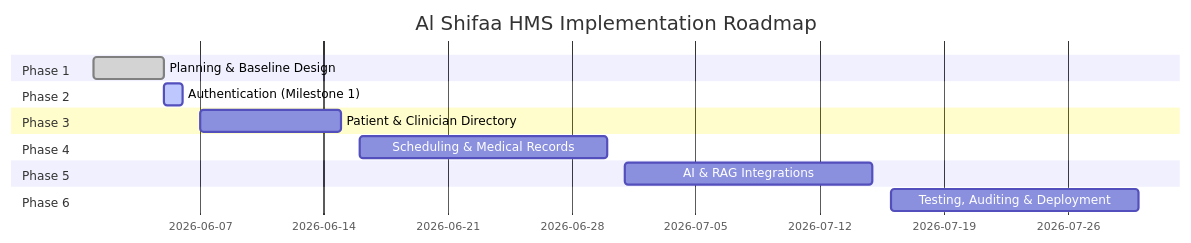
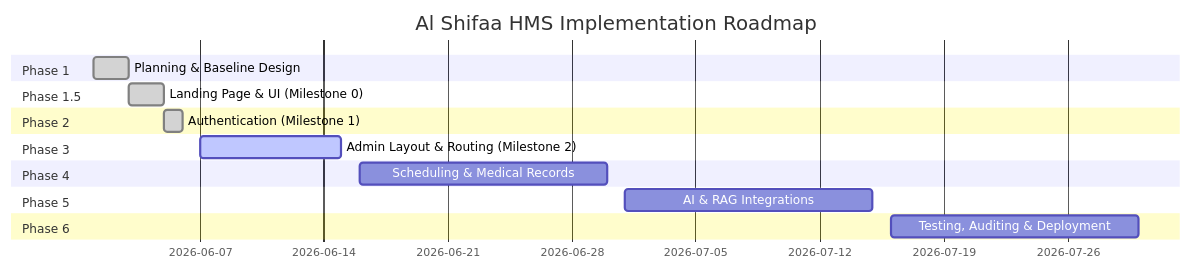
Before and after one commit to rashidkhan4067/AI-HMS: the diagram in docs/01-project-charter.md, drawn with Mermaid. The commit also changed 34 other files, not shown here.

````diff
--- a/docs/01-project-charter.md
+++ b/docs/01-project-charter.md
@@ -48,17 +48,19 @@
 ```mermaid
 gantt
     title Al Shifaa HMS Implementation Roadmap
     dateFormat  YYYY-MM-DD
     section Phase 1
-    Planning & Baseline Design      :done, 2026-06-01, 2026-06-05
+    Planning & Baseline Design      :done, 2026-06-01, 2026-06-03
+    section Phase 1.5
+    Landing Page & UI (Milestone 0) :done, 2026-06-03, 2026-06-05
     section Phase 2
-    Authentication (Milestone 1)    :active, 2026-06-05, 2026-06-06
+    Authentication (Milestone 1)    :done, 2026-06-05, 2026-06-06
     section Phase 3
-    Patient & Clinician Directory  : 2026-06-07, 2026-06-15
+    Admin Layout & Routing (Milestone 2)  :active, 2026-06-07, 2026-06-15
     section Phase 4
     Scheduling & Medical Records    : 2026-06-16, 2026-06-30
     section Phase 5
     AI & RAG Integrations          : 2026-07-01, 2026-07-15
     section Phase 6
     Testing, Auditing & Deployment : 2026-07-16, 2026-07-30
 ```
````
